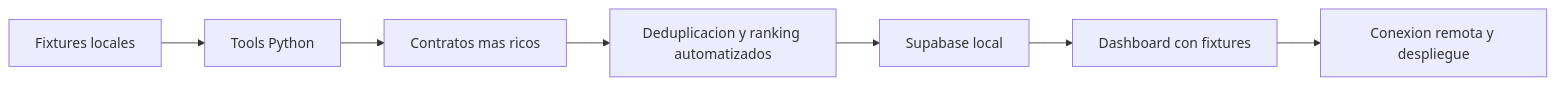
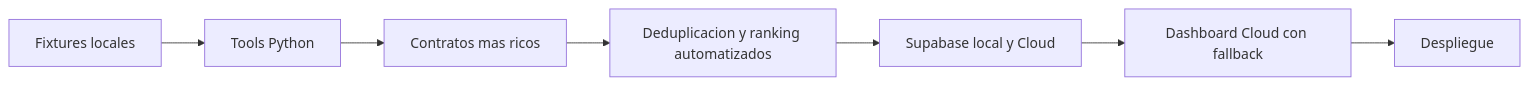
Before and after one commit to PedroHincapie/codex-: the ninth of 9 diagrams in docs/ai-radar-operating-model.md, drawn with Mermaid. The commit also changed other lines of this file and 18 other files, not shown here.

Commit message:
feat: conectar AI Radar con Supabase Cloud

````diff
--- a/docs/ai-radar-operating-model.md
+++ b/docs/ai-radar-operating-model.md
@@ -270,9 +270,9 @@
 ```mermaid
 flowchart LR
   A[Fixtures locales] --> B[Tools Python]
   B --> C[Contratos mas ricos]
   C --> D[Deduplicacion y ranking automatizados]
-  D --> E[Supabase local]
-  E --> F[Dashboard con fixtures]
-  F --> G[Conexion remota y despliegue]
+  D --> E[Supabase local y Cloud]
+  E --> F[Dashboard Cloud con fallback]
+  F --> G[Despliegue]
 ```
````
